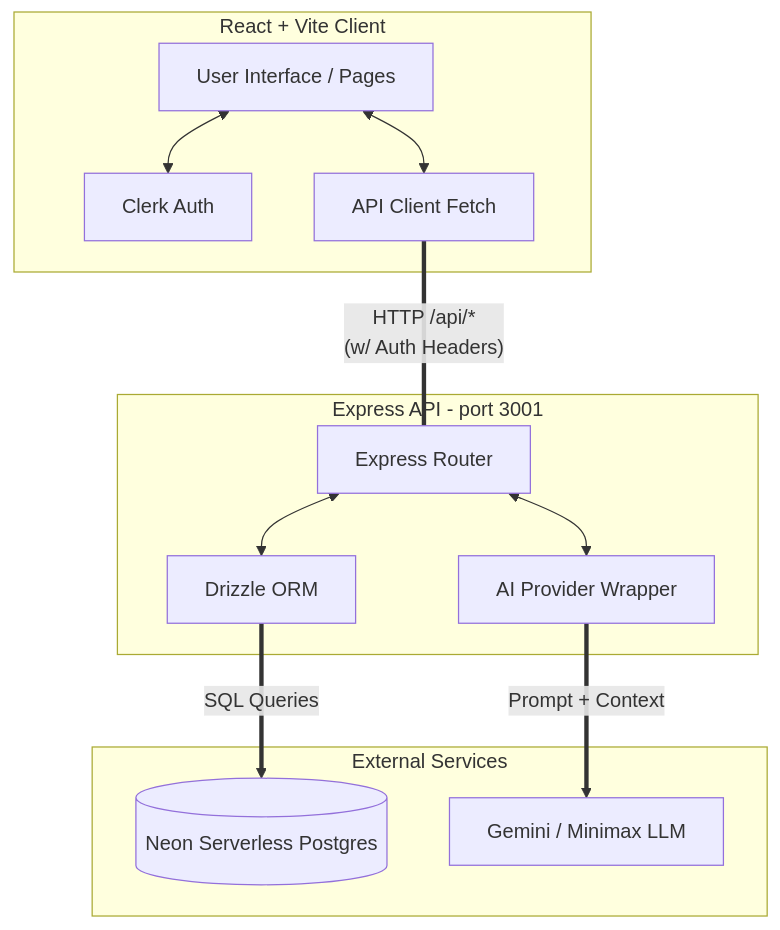
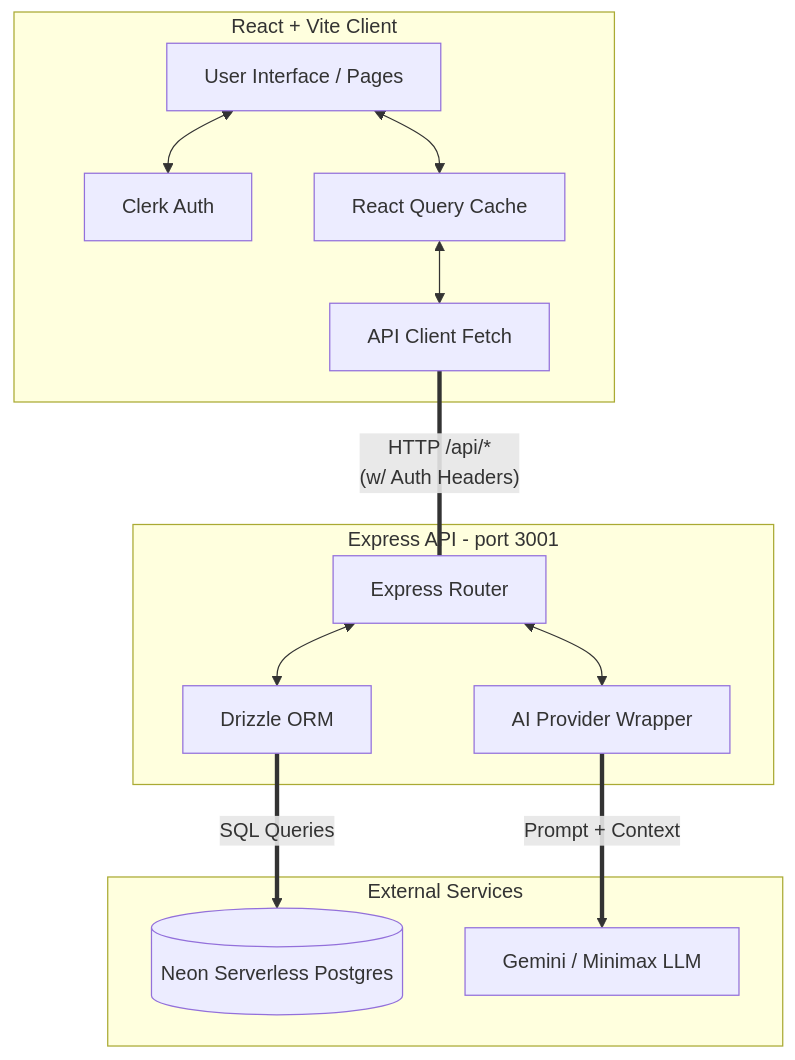
The first of 2 diagrams in README.md (codewithabhiishek/Job-Flow), drawn with Mermaid before and after one commit. The commit also changed other lines of this file and 1 other file, not shown here.

Commit message:
docs: update architecture and readme to reflect new features and optimizations

````diff
--- a/README.md
+++ b/README.md
@@ -37,29 +38,31 @@
 ```mermaid
 flowchart TD
     subgraph Frontend [React + Vite Client]
         UI[User Interface / Pages]
         Clerk[Clerk Auth]
+        ReactQuery[React Query Cache]
         APIClient[API Client Fetch]
         
         UI <--> Clerk
-        UI <--> APIClient
+        UI <--> ReactQuery
+        ReactQuery <--> APIClient
     end
     
     subgraph Backend [Express API - port 3001]
         API[Express Router]
         AI[AI Provider Wrapper]
         DBConfig[Drizzle ORM]
         
         API <--> AI
         API <--> DBConfig
     end
     
     subgraph External [External Services]
         Neon[(Neon Serverless Postgres)]
         LLM[Gemini / Minimax LLM]
     end
 
     APIClient == "HTTP /api/* \n (w/ Auth Headers)" === API
     DBConfig == "SQL Queries" ==> Neon
     AI == "Prompt + Context" ==> LLM
 ```
````
